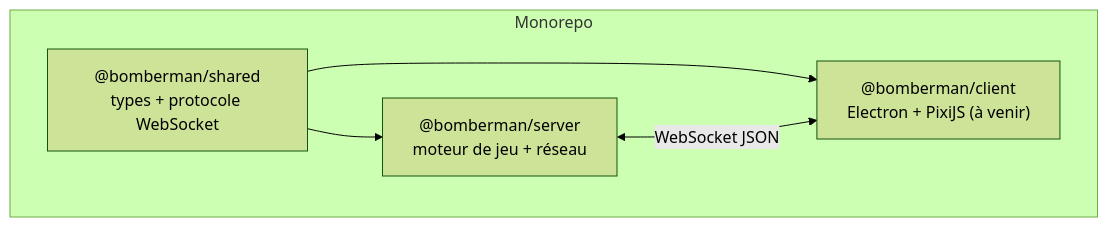
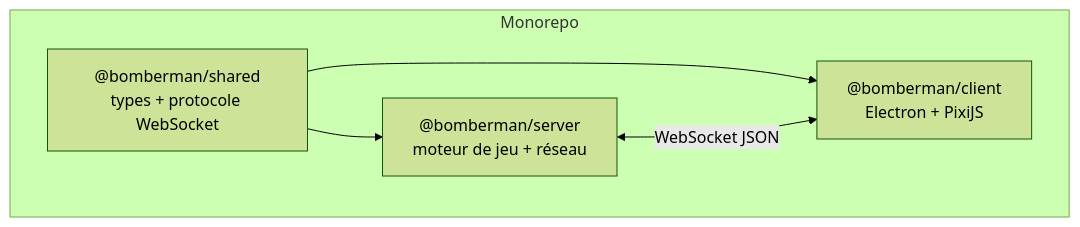
Before and after one commit to oscarles/BomberMan-Arena: the diagram in docs/architecture.md, drawn with Mermaid (forest theme). The commit also changed 3 other files, not shown here.

````diff
--- a/docs/architecture.md
+++ b/docs/architecture.md
@@ -5,11 +5,11 @@
 ```mermaid
 graph TB
     subgraph Monorepo
         shared["@bomberman/shared<br/>types + protocole WebSocket"]
         server["@bomberman/server<br/>moteur de jeu + réseau"]
-        client["@bomberman/client<br/>Electron + PixiJS (à venir)"]
+        client["@bomberman/client<br/>Electron + PixiJS"]
     end
     shared --> server
     shared --> client
     server <-->|WebSocket JSON| client
 ```
````
